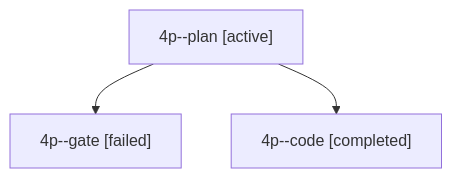
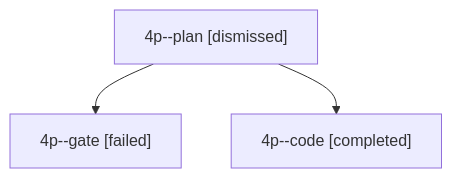
One commit to bobs-org/bob-cli--agents changed the diagram in sessions/bbugyi200.apollo.4p.md. Above: the diagram before and after it, drawn with Mermaid. The commit also changed other lines of this file and 33 other files, not shown here.

````diff
--- a/sessions/bbugyi200.apollo.4p.md
+++ b/sessions/bbugyi200.apollo.4p.md
@@ -9,8 +9,8 @@
 ```mermaid
 flowchart TD
-  n0["4p--plan [active]"]
+  n0["4p--plan [dismissed]"]
   n1["4p--gate [failed]"]
   n0 --> n1
   n2["4p--code [completed]"]
   n0 --> n2
 ```
````
